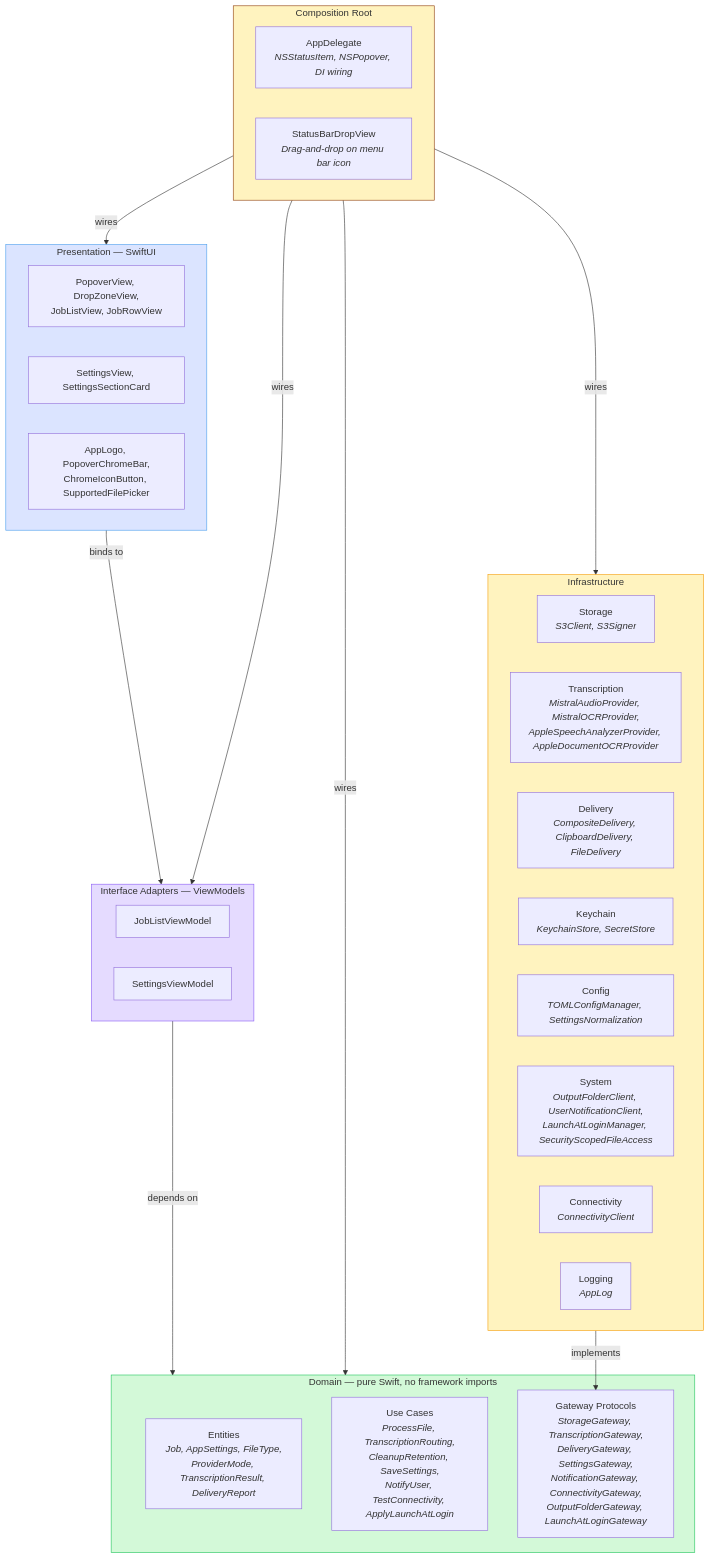
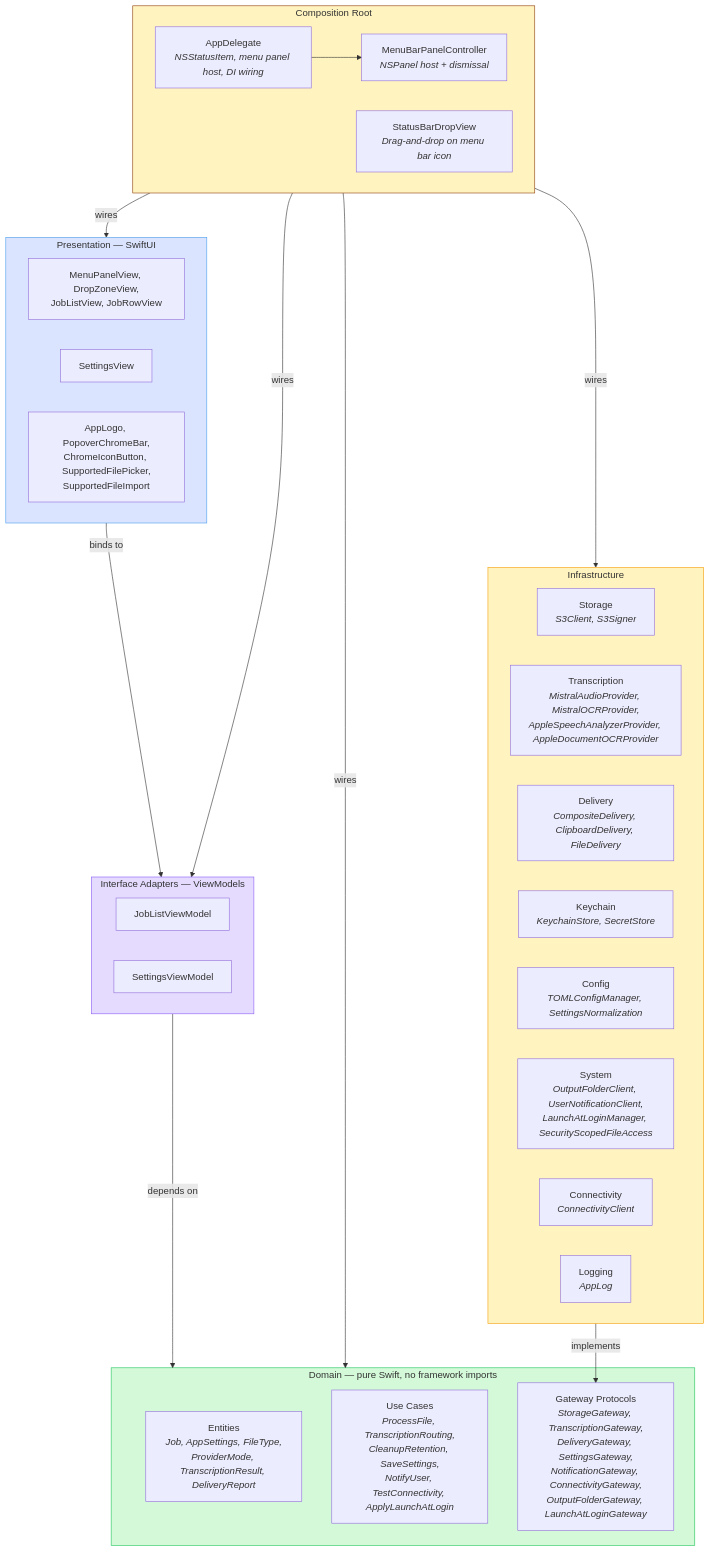
One commit to jwa91/trnscrb changed the first of 2 diagrams in docs/ARCHITECTURE.md. Above: the diagram before and after it, drawn with Mermaid. The commit also changed other lines of this file and 47 other files, not shown here.

````diff
--- a/docs/ARCHITECTURE.md
+++ b/docs/ARCHITECTURE.md
@@ -9,49 +9,51 @@
 ```mermaid
 graph TB
     subgraph Domain["Domain — pure Swift, no framework imports"]
         Entities["Entities<br/><i>Job, AppSettings, FileType,<br/>ProviderMode, TranscriptionResult, DeliveryReport</i>"]
         UseCases["Use Cases<br/><i>ProcessFile, TranscriptionRouting,<br/>CleanupRetention, SaveSettings,<br/>NotifyUser, TestConnectivity, ApplyLaunchAtLogin</i>"]
         Gateways["Gateway Protocols<br/><i>StorageGateway, TranscriptionGateway,<br/>DeliveryGateway, SettingsGateway,<br/>NotificationGateway, ConnectivityGateway,<br/>OutputFolderGateway, LaunchAtLoginGateway</i>"]
     end
 
     subgraph Adapters["Interface Adapters — ViewModels"]
         JobListVM["JobListViewModel"]
         SettingsVM["SettingsViewModel"]
     end
 
     subgraph Presentation["Presentation — SwiftUI"]
-        Popover["PopoverView, DropZoneView,<br/>JobListView, JobRowView"]
-        Settings["SettingsView, SettingsSectionCard"]
-        Common["AppLogo, PopoverChromeBar,<br/>ChromeIconButton, SupportedFilePicker"]
+        Panel["MenuPanelView, DropZoneView,<br/>JobListView, JobRowView"]
+        Settings["SettingsView"]
+        Common["AppLogo, PopoverChromeBar,<br/>ChromeIconButton, SupportedFilePicker,<br/>SupportedFileImport"]
     end
 
     subgraph Infrastructure["Infrastructure"]
         Storage["Storage<br/><i>S3Client, S3Signer</i>"]
         Transcription["Transcription<br/><i>MistralAudioProvider, MistralOCRProvider,<br/>AppleSpeechAnalyzerProvider, AppleDocumentOCRProvider</i>"]
         Delivery["Delivery<br/><i>CompositeDelivery, ClipboardDelivery, FileDelivery</i>"]
         KeychainInfra["Keychain<br/><i>KeychainStore, SecretStore</i>"]
         Config["Config<br/><i>TOMLConfigManager, SettingsNormalization</i>"]
         System["System<br/><i>OutputFolderClient, UserNotificationClient,<br/>LaunchAtLoginManager, SecurityScopedFileAccess</i>"]
         Connectivity["Connectivity<br/><i>ConnectivityClient</i>"]
         Logging["Logging<br/><i>AppLog</i>"]
     end
 
     subgraph App["Composition Root"]
-        AppDelegate["AppDelegate<br/><i>NSStatusItem, NSPopover, DI wiring</i>"]
+        AppDelegate["AppDelegate<br/><i>NSStatusItem, menu panel host, DI wiring</i>"]
+        PanelHost["MenuBarPanelController<br/><i>NSPanel host + dismissal</i>"]
         StatusBar["StatusBarDropView<br/><i>Drag-and-drop on menu bar icon</i>"]
     end
 
     Adapters -->|depends on| Domain
     Presentation -->|binds to| Adapters
     Infrastructure -->|implements| Gateways
     App -->|wires| Domain
     App -->|wires| Adapters
     App -->|wires| Infrastructure
     App -->|wires| Presentation
+    AppDelegate --> PanelHost
 
     style Domain fill:#d3f9d8,stroke:#22c55e
     style Adapters fill:#e5dbff,stroke:#8b5cf6
     style Presentation fill:#dbe4ff,stroke:#4a9eed
     style Infrastructure fill:#fff3bf,stroke:#f59e0b
     style App fill:#fff3bf,stroke:#92400e
 ```
````
